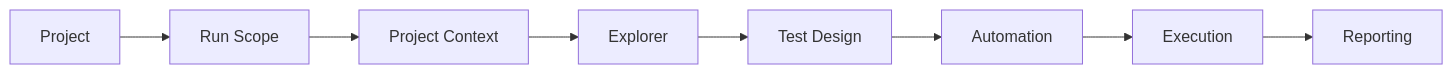
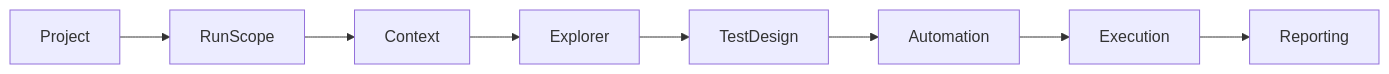
One commit to HusseinAtaHussein1/AISeatMap changed the second of 5 diagrams in README.md. Above: the diagram before and after it, drawn with Mermaid. The commit also changed other lines of this file, not shown here.

````diff
--- a/README.md
+++ b/README.md
@@ -26,4 +127,17 @@
 ```mermaid
 flowchart LR
-A[Project] --> B[Run Scope] --> C[Project Context] --> D[Explorer] --> E[Test Design] --> F[Automation] --> G[Execution] --> H[Reporting]
+
+Project --> RunScope
+
+RunScope --> Context
+
+Context --> Explorer
+
+Explorer --> TestDesign
+
+TestDesign --> Automation
+
+Automation --> Execution
+
+Execution --> Reporting
 ```
````
